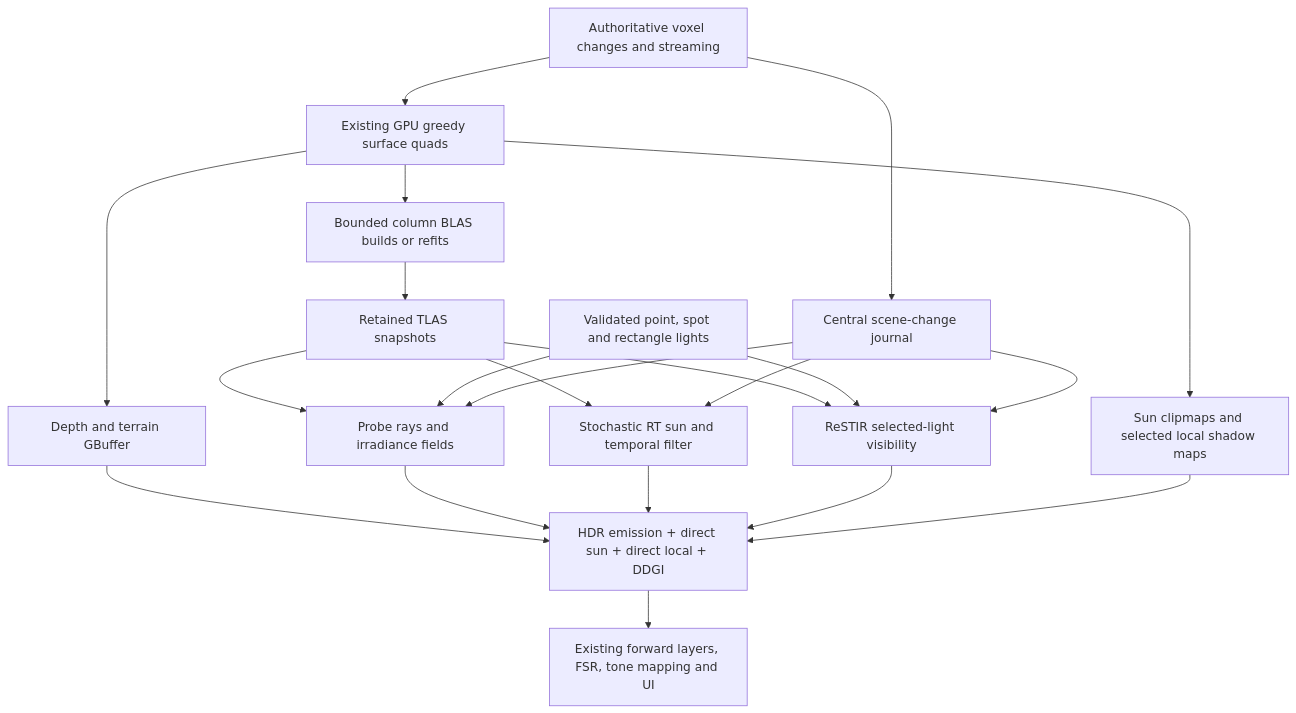
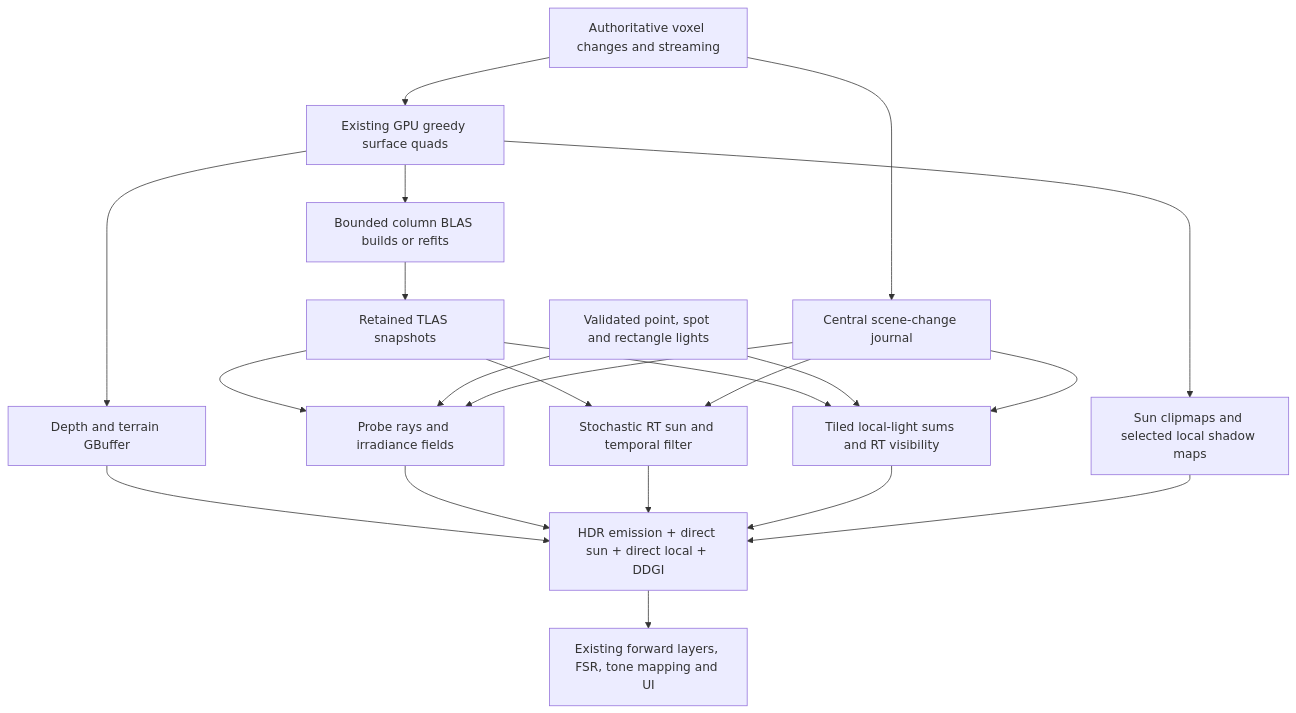
The diagram in docs/development/lighting-architecture.md (ZSG-Studios/Octaryn), drawn with Mermaid before and after one commit. The commit also changed other lines of this file and 130 other files, not shown here.

```diff
--- a/docs/development/lighting-architecture.md
+++ b/docs/development/lighting-architecture.md
@@ -17,23 +17,23 @@
 ~~~mermaid
 flowchart TD
     World[Authoritative voxel changes and streaming] --> Mesh[Existing GPU greedy surface quads]
     Mesh --> Scene[Bounded column BLAS builds or refits]
     Scene --> TLAS[Retained TLAS snapshots]
     World --> Changes[Central scene-change journal]
     Mesh --> GBuffer[Depth and terrain GBuffer]
     TLAS --> DDGI[Probe rays and irradiance fields]
     TLAS --> Sun[Stochastic RT sun and temporal filter]
-    TLAS --> Local[ReSTIR selected-light visibility]
+    TLAS --> Local[Tiled local-light sums and RT visibility]
     Lights[Validated point, spot and rectangle lights] --> Local
     Lights --> DDGI
     Changes --> DDGI
     Changes --> Sun
     Changes --> Local
     Mesh --> Fallback[Sun clipmaps and selected local shadow maps]
     GBuffer --> Compose[HDR emission + direct sun + direct local + DDGI]
     DDGI --> Compose
     Sun --> Compose
     Local --> Compose
     Fallback --> Compose
     Compose --> Present[Existing forward layers, FSR, tone mapping and UI]
 ~~~
```
